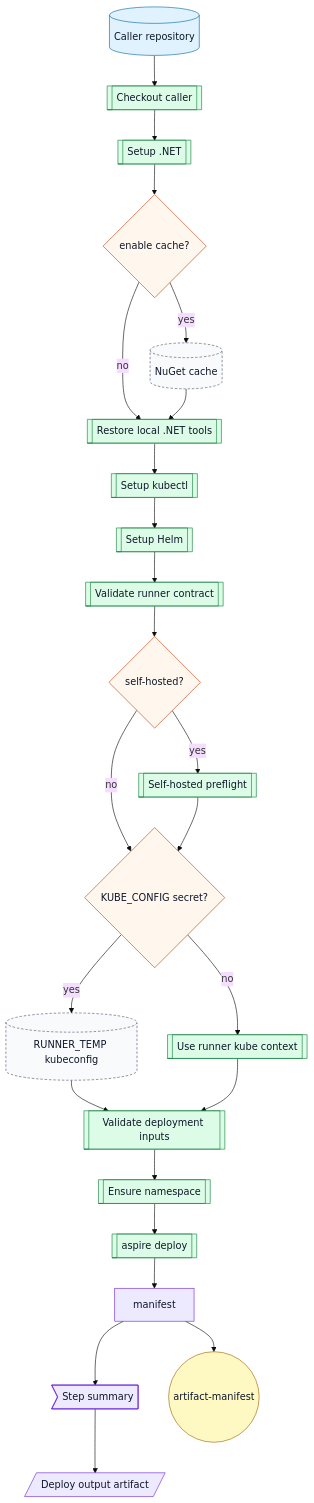
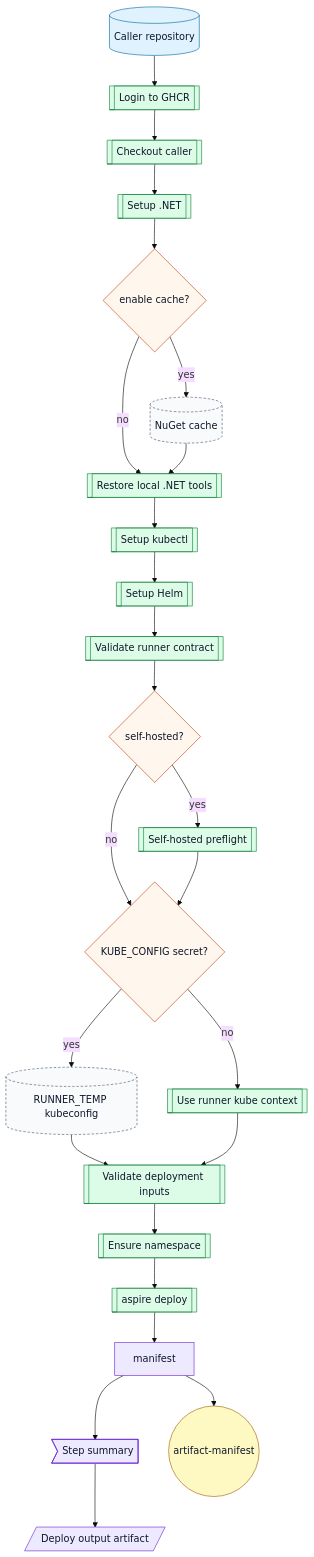
Diagram 16 of 17 in docs/workflow-catalog.md (ArkanisCorporation/ci), drawn with Mermaid (base theme) before and after one commit. The commit also changed other lines of this file and 4 other files, not shown here.

Commit message:
fix(gha): add GHCR login to Aspire deploy

````diff
--- a/docs/workflow-catalog.md
+++ b/docs/workflow-catalog.md
@@ -1650,38 +1651,39 @@
 ```mermaid
 flowchart TD
-  caller[("Caller repository")] --> checkout[[Checkout caller]]
+  caller[("Caller repository")] --> login[[Login to GHCR]]
+  login --> checkout[[Checkout caller]]
   checkout --> dotnet[[Setup .NET]]
   dotnet --> cache{enable cache?}
   cache -->|yes| nugetCache[("NuGet cache")]
   cache -->|no| tools[[Restore local .NET tools]]
   nugetCache --> tools
   tools --> kubectl[[Setup kubectl]]
   kubectl --> helm[[Setup Helm]]
   helm --> validate[[Validate runner contract]]
   validate --> preflight{self-hosted?}
   preflight -->|yes| sh[[Self-hosted preflight]]
   preflight -->|no| kube{KUBE_CONFIG secret?}
   sh --> kube
   kube -->|yes| tempKube[("RUNNER_TEMP kubeconfig")]
   kube -->|no| context[[Use runner kube context]]
   tempKube --> inputs[[Validate deployment inputs]]
   context --> inputs
   inputs --> namespace[[Ensure namespace]]
   namespace --> aspire[[aspire deploy]]
   aspire --> manifest
   manifest --> summary>Step summary]
   summary --> deployArtifact[/Deploy output artifact/]
   manifest --> outputs(("artifact-manifest"))
   classDef repo fill:#e0f2fe,stroke:#0369a1,color:#0f172a
   classDef action fill:#dcfce7,stroke:#15803d,color:#0f172a
   classDef decision fill:#fff7ed,stroke:#c2410c,color:#0f172a
   classDef artifact fill:#ede9fe,stroke:#6d28d9,color:#0f172a
   classDef output fill:#fef9c3,stroke:#a16207,color:#0f172a
   classDef external fill:#f8fafc,stroke:#475569,stroke-dasharray: 4 3,color:#0f172a
   class caller repo
-  class checkout,dotnet,tools,kubectl,helm,validate,sh,context,inputs,namespace,aspire action
+  class login,checkout,dotnet,tools,kubectl,helm,validate,sh,context,inputs,namespace,aspire action
   class cache,preflight,kube decision
   class manifest,summary,deployArtifact artifact
   class outputs output
   class nugetCache,tempKube external
 ```
````
